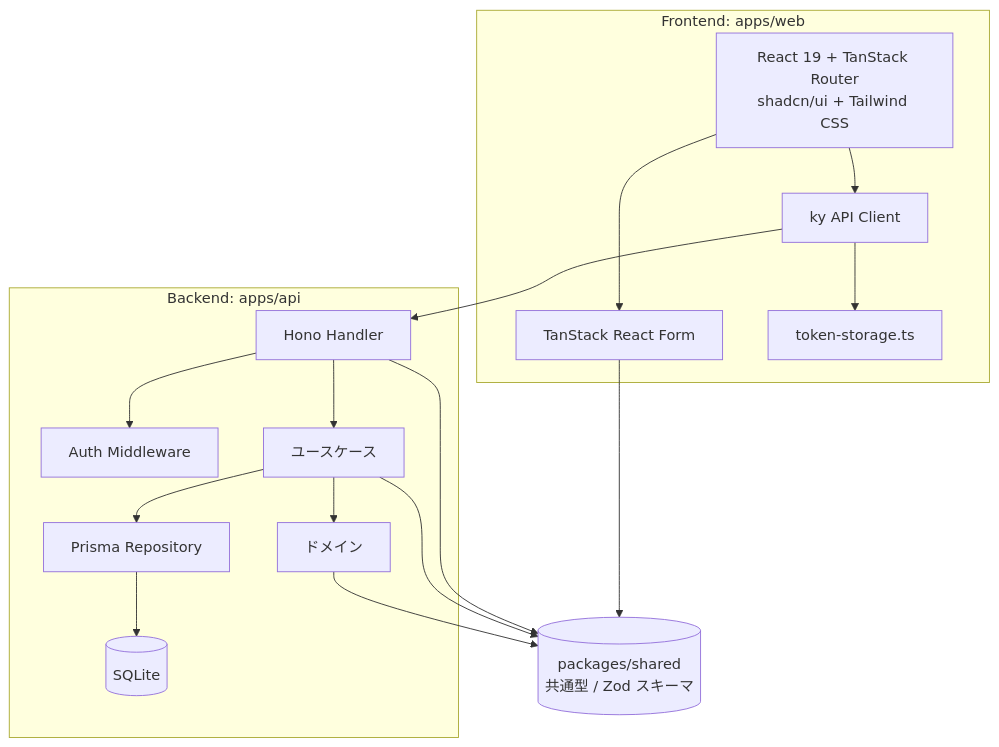
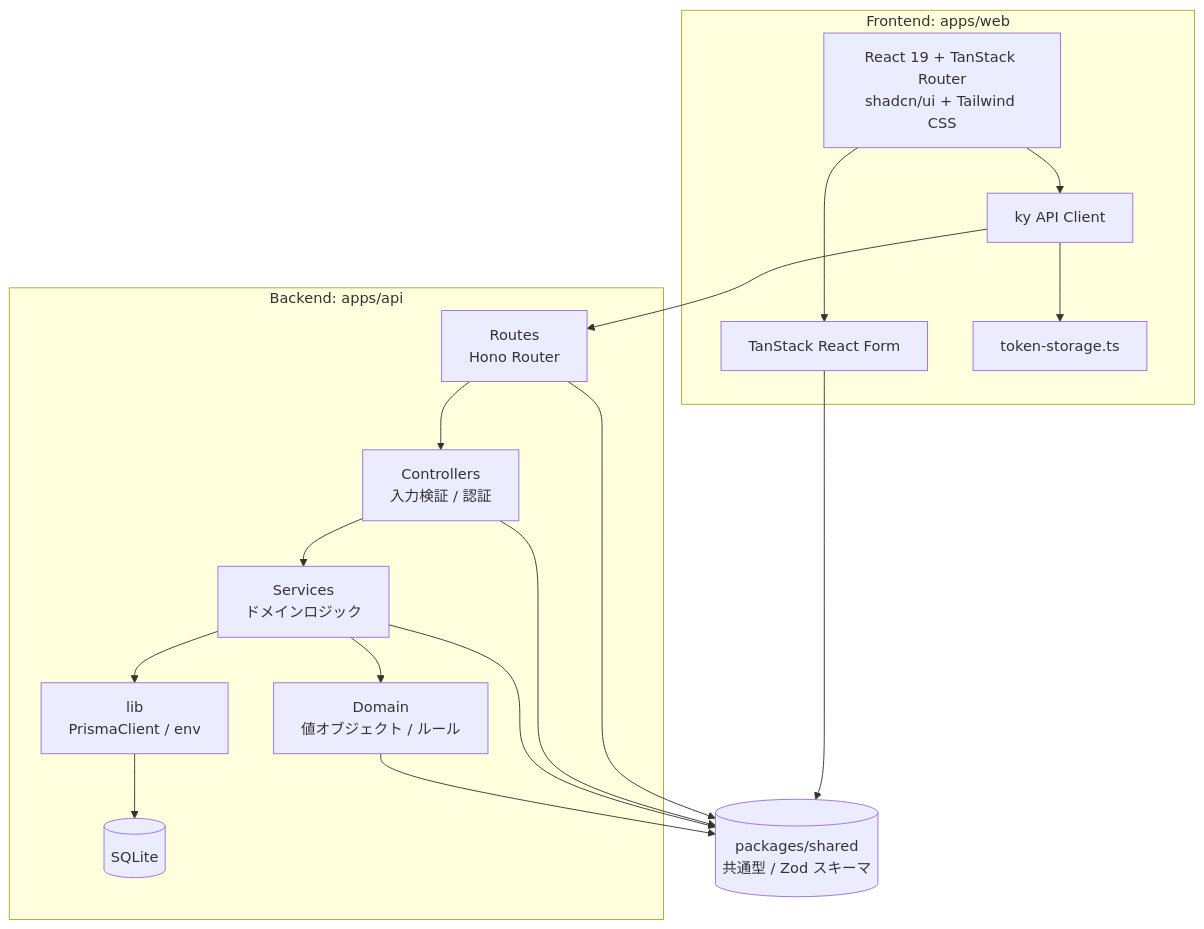
One commit to tr-yasuda/ticket-flow changed the second of 2 diagrams in README.md. Above: the diagram before and after it, drawn with Mermaid. The commit also changed other lines of this file and 105 other files, not shown here.

First line of the commit message:
refactor(api): routes/controllers/services の 3 層構成に再編 (#200)

````diff
--- a/README.md
+++ b/README.md
@@ -47,34 +47,35 @@
 ```mermaid
 flowchart TD
     subgraph Web["Frontend: apps/web"]
-        WUI[React 19 + TanStack Router<br/>shadcn/ui + Tailwind CSS]
+        WUI[React 19 + TanStack Router<br>shadcn/ui + Tailwind CSS]
         WForm[TanStack React Form]
         WClient[ky API Client]
         WState[token-storage.ts]
     end
 
     subgraph API["Backend: apps/api"]
-        WH[Hono Handler]
-        MW[Auth Middleware]
-        UC[ユースケース]
-        DM[ドメイン]
-        PR[Prisma Repository]
+        RT[Routes<br>Hono Router]
+        CT[Controllers<br>入力検証 / 認証]
+        SV[Services<br>ドメインロジック]
+        DM[Domain<br>値オブジェクト / ルール]
+        LIB[lib<br>PrismaClient / env]
         DB[(SQLite)]
     end
 
-    Shared[("packages/shared<br/>共通型 / Zod スキーマ")]
+    Shared[("packages/shared<br>共通型 / Zod スキーマ")]
 
     WUI --> WForm
     WForm --> Shared
     WUI --> WClient
     WClient --> WState
-    WClient --> WH
-    WH --> MW
-    WH --> UC
-    UC --> DM
-    UC --> PR
-    PR --> DB
-    WH --> Shared
-    UC --> Shared
+    WClient --> RT
+    RT --> CT
+    CT --> SV
+    SV --> DM
+    SV --> LIB
+    LIB --> DB
+    RT --> Shared
+    CT --> Shared
+    SV --> Shared
     DM --> Shared
 ```
````
